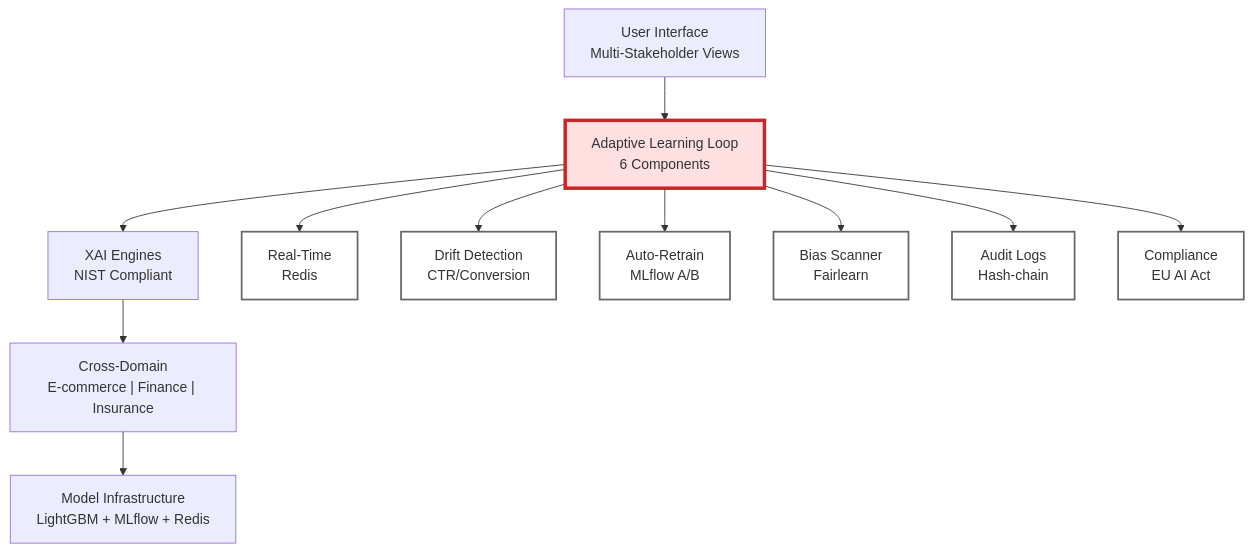
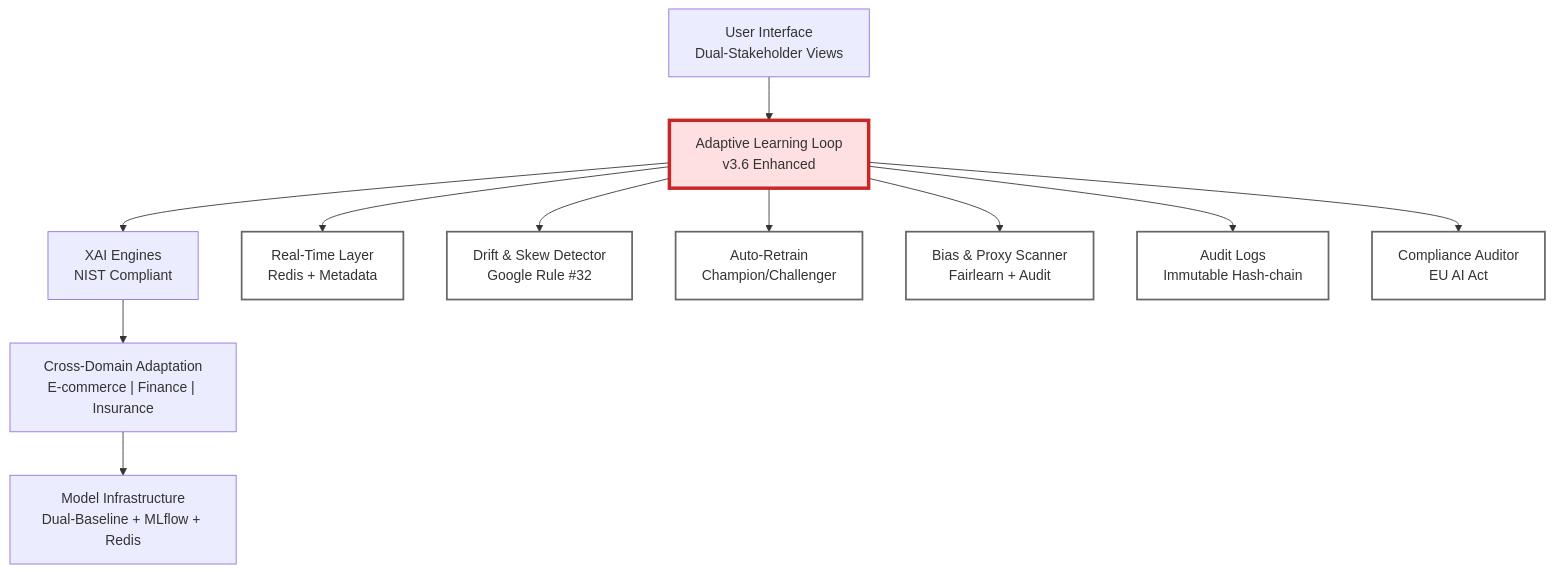
One commit to nazliozgur/xai-personalization-framework changed the diagram in README.md. Above: the diagram before and after it, drawn with Mermaid. The commit also changed other lines of this file and 18 other files, not shown here.

````diff
--- a/README.md
+++ b/README.md
@@ -189,22 +191,22 @@
 ```mermaid
 flowchart TD
-    A["User Interface<br/>Multi-Stakeholder Views"] --> B["Adaptive Learning Loop<br/>6 Components"]
+    A["User Interface<br/>Dual-Stakeholder Views"] --> B["Adaptive Learning Loop<br/>v3.6 Enhanced"]
     B --> C["XAI Engines<br/>NIST Compliant"]
-    C --> D["Cross-Domain<br/>E-commerce | Finance | Insurance"]
-    D --> E["Model Infrastructure<br/>LightGBM + MLflow + Redis"]
+    C --> D["Cross-Domain Adaptation<br/>E-commerce | Finance | Insurance"]
+    D --> E["Model Infrastructure<br/>Dual-Baseline + MLflow + Redis"]
     
-    B --> B1["Real-Time<br/>Redis"]
-    B --> B2["Drift Detection<br/>CTR/Conversion"]
-    B --> B3["Auto-Retrain<br/>MLflow A/B"]
-    B --> B4["Bias Scanner<br/>Fairlearn"]
-    B --> B5["Audit Logs<br/>Hash-chain"]
-    B --> B6["Compliance<br/>EU AI Act"]
+    B --> B1["Real-Time Layer<br/>Redis + Metadata"]
+    B --> B2["Drift & Skew Detector<br/>Google Rule #32"]
+    B --> B3["Auto-Retrain<br/>Champion/Challenger"]
+    B --> B4["Bias & Proxy Scanner<br/>Fairlearn + Audit"]
+    B --> B5["Audit Logs<br/>Immutable Hash-chain"]
+    B --> B6["Compliance Auditor<br/>EU AI Act"]
     
     style B fill:#ffe0e0,stroke:#c62828,stroke-width:4px
     style B1 fill:#fff,stroke:#666,stroke-width:2px
     style B2 fill:#fff,stroke:#666,stroke-width:2px
     style B3 fill:#fff,stroke:#666,stroke-width:2px
     style B4 fill:#fff,stroke:#666,stroke-width:2px
     style B5 fill:#fff,stroke:#666,stroke-width:2px
     style B6 fill:#fff,stroke:#666,stroke-width:2px
 ```
````
